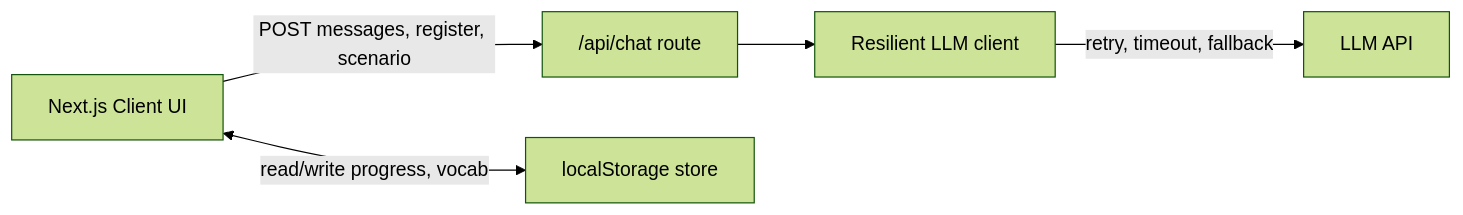
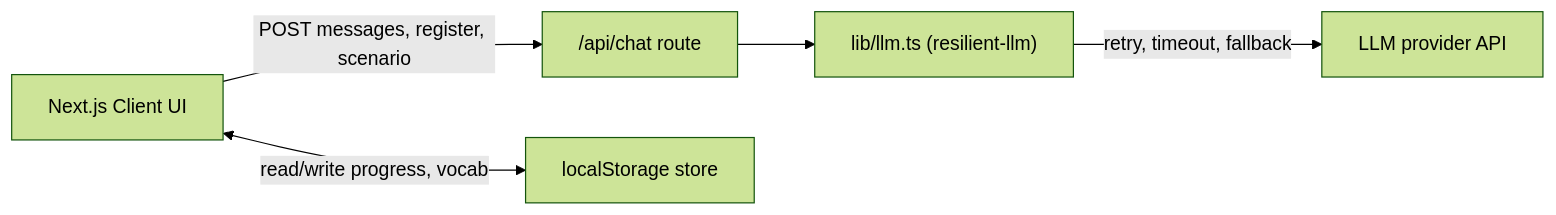
One commit to AINativeSchool/demo-language-game changed the diagram in docs/DESIGN.md. Above: the diagram before and after it, drawn with Mermaid (forest theme). The commit also changed other lines of this file and 11 other files, not shown here.

````diff
--- a/docs/DESIGN.md
+++ b/docs/DESIGN.md
@@ -13,7 +13,7 @@
 ```mermaid
 flowchart LR
   UI[Next.js Client UI] -->|POST messages, register, scenario| API["/api/chat route"]
-  API --> LLM[Resilient LLM client]
-  LLM -->|retry, timeout, fallback| Provider[LLM API]
+  API --> LLM["lib/llm.ts (resilient-llm)"]
+  LLM -->|retry, timeout, fallback| Provider[LLM provider API]
   UI <-->|read/write progress, vocab| LS[localStorage store]
 ```
````
